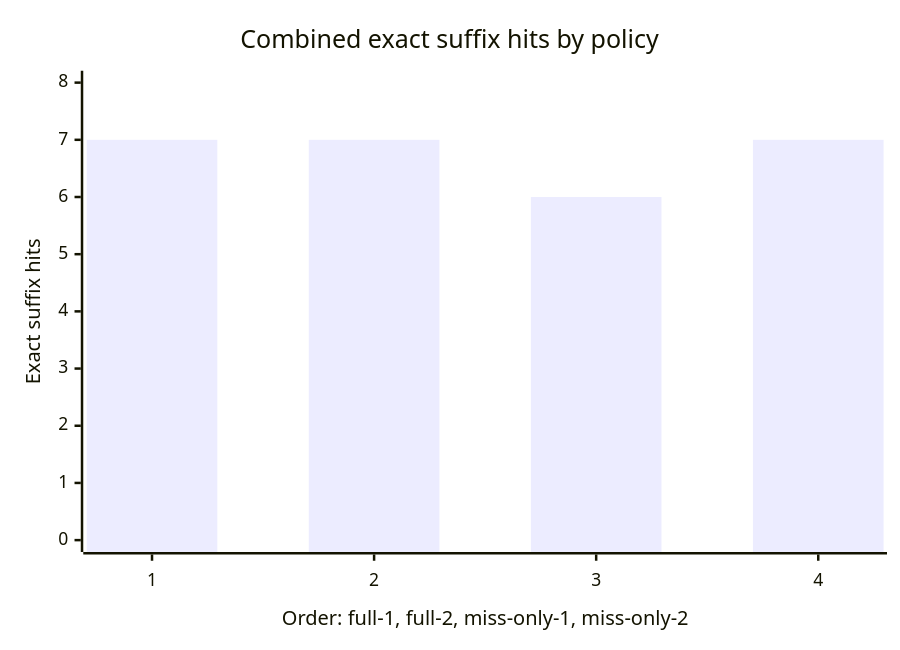
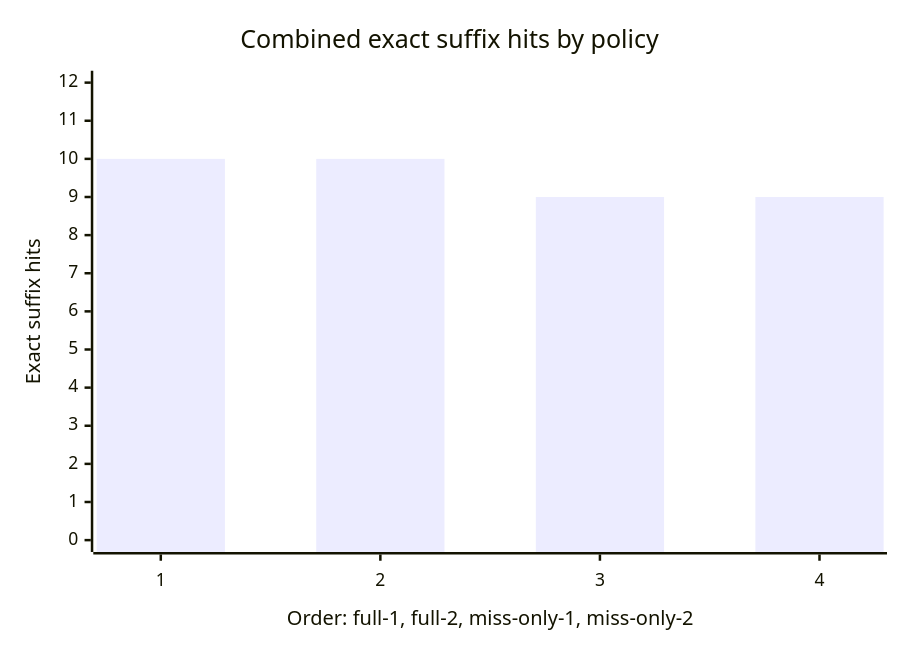
Before and after one commit to jdm010/preempt: the fifth of 6 diagrams in training/REPORT.md, drawn with Mermaid. The commit also changed other lines of this file and 6 other files, not shown here.

````diff
--- a/training/REPORT.md
+++ b/training/REPORT.md
@@ -208,7 +219,7 @@
 ```mermaid
 xychart-beta
     title "Combined exact suffix hits by policy"
     x-axis "Order: full-1, full-2, miss-only-1, miss-only-2" [1, 2, 3, 4]
-    y-axis "Exact suffix hits" 0 --> 8
-    bar [7, 7, 6, 7]
+    y-axis "Exact suffix hits" 0 --> 12
+    bar [10, 10, 9, 9]
 ```
````
